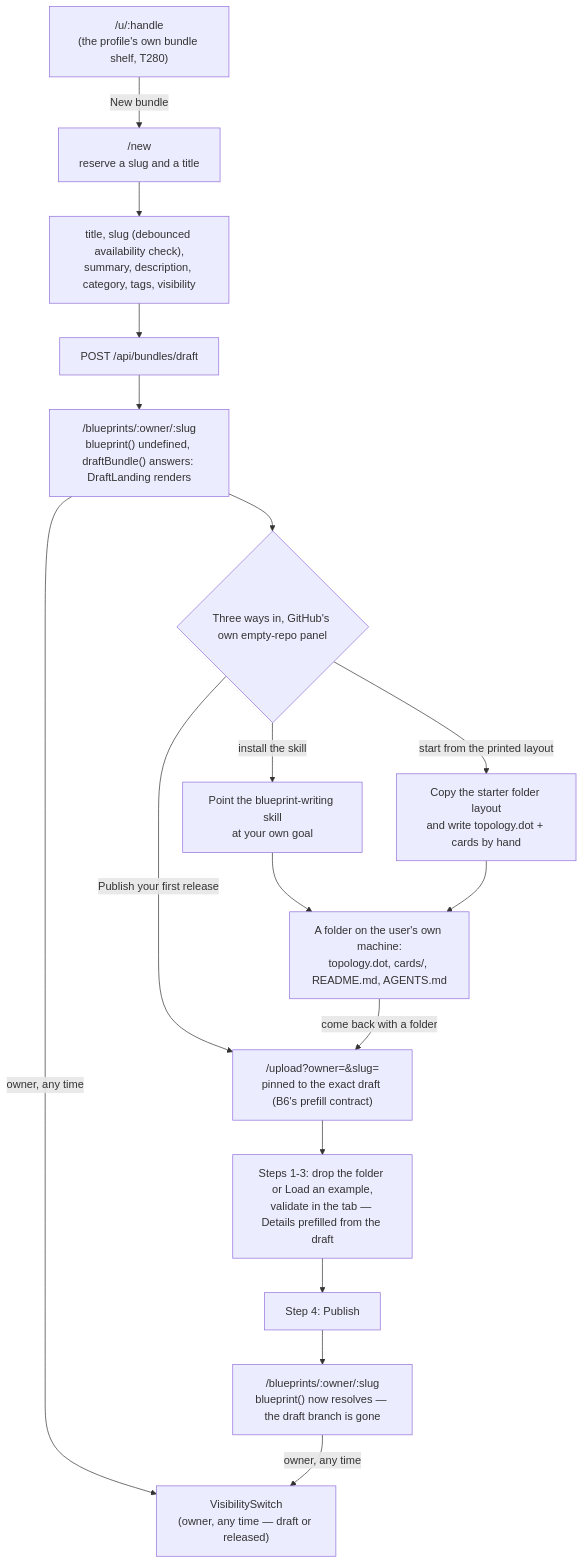
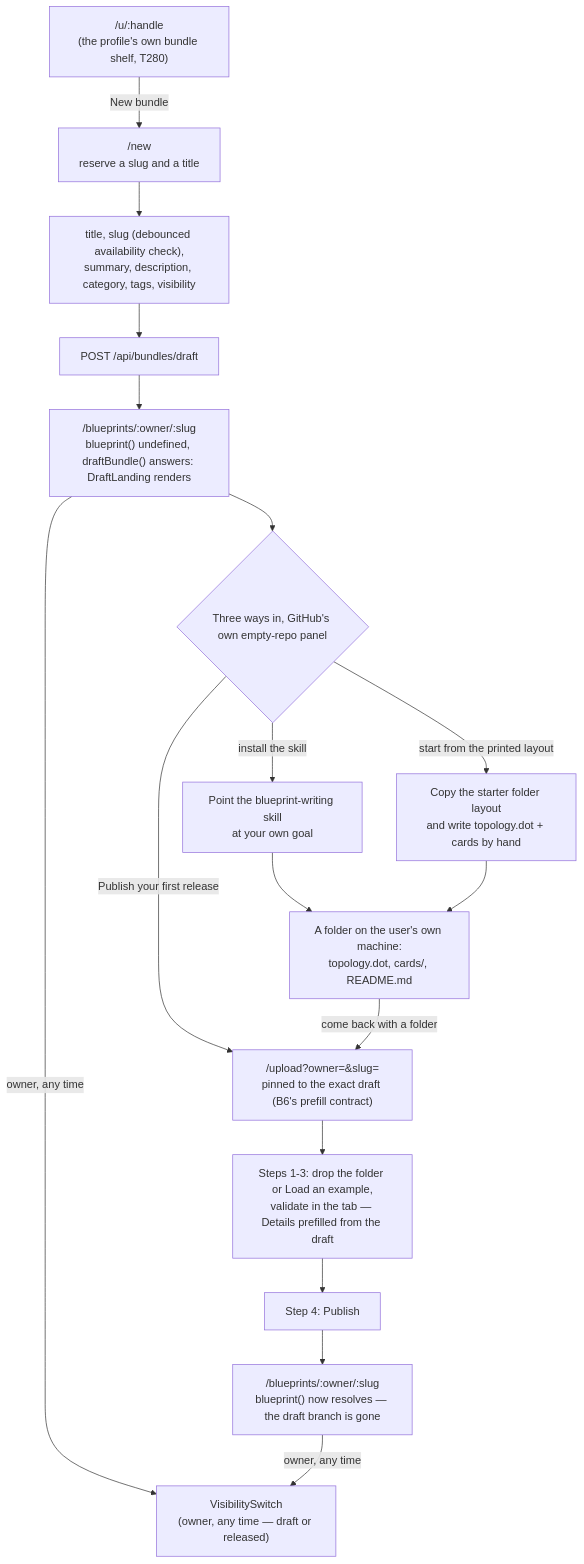
Diagram 13 of 14 in docs/architecture/journeys.md (darkprint/darkprint), drawn with Mermaid before and after one commit. The commit also changed other lines of this file and 89 other files, not shown here.

````diff
--- a/docs/architecture/journeys.md
+++ b/docs/architecture/journeys.md
@@ -334,27 +335,27 @@
 ```mermaid
 flowchart TD
   myShelf["/u/:handle\n(the profile's own bundle shelf, T280)"]
   newPage["/new\nreserve a slug and a title"]
   form["title, slug (debounced availability check),\nsummary, description, category, tags, visibility"]
   createPost["POST /api/bundles/draft"]
   draftLanding["/blueprints/:owner/:slug\nblueprint() undefined, draftBundle() answers: DraftLanding renders"]
   threeWays{"Three ways in, GitHub's own empty-repo panel"}
   skillPath["Point the blueprint-writing skill\nat your own goal"]
   handPath["Copy the starter folder layout\nand write topology.dot + cards by hand"]
-  localBuild["A folder on the user's own machine:\ntopology.dot, cards/, README.md, AGENTS.md"]
+  localBuild["A folder on the user's own machine:\ntopology.dot, cards/, README.md"]
   uploadPinned["/upload?owner=&slug=\npinned to the exact draft (B6's prefill contract)"]
   wizard["Steps 1-3: drop the folder or Load an example,\nvalidate in the tab — Details prefilled from the draft"]
   publishStep["Step 4: Publish"]
   detail["/blueprints/:owner/:slug\nblueprint() now resolves — the draft branch is gone"]
   visibilitySwitch["VisibilitySwitch\n(owner, any time — draft or released)"]
 
   myShelf -->|"New bundle"| newPage --> form --> createPost --> draftLanding
   draftLanding --> threeWays
   threeWays -->|"Publish your first release"| uploadPinned
   threeWays -->|"install the skill"| skillPath --> localBuild
   threeWays -->|"start from the printed layout"| handPath --> localBuild
   localBuild -->|"come back with a folder"| uploadPinned
   uploadPinned --> wizard --> publishStep --> detail
   draftLanding -->|"owner, any time"| visibilitySwitch
   detail -->|"owner, any time"| visibilitySwitch
 ```
````
